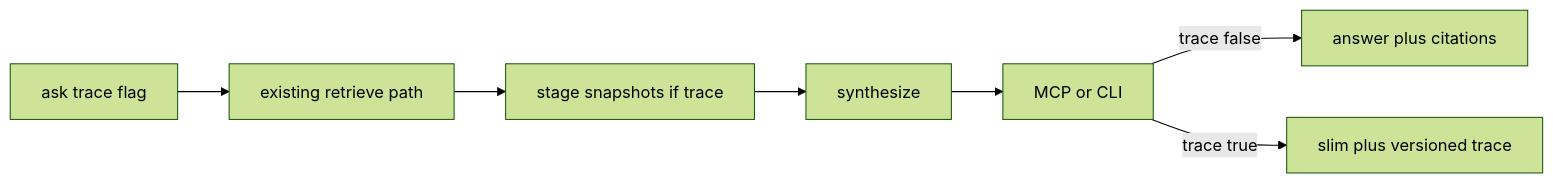
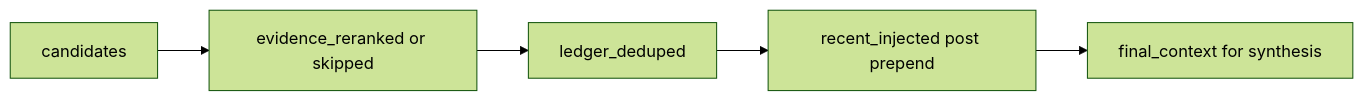
The diagram in docs/inter-model/debate-2026-07-15-who-fixes-retrieval/planning/CURSOR-architecture-round-2-trace.md (alanmz-crypto/convmem), drawn with Mermaid (forest theme) before and after one commit. The commit also changed other lines of this file and 6 other files, not shown here.

First line of the commit message:
docs: executive Round 2 trace architecture lock

````diff
--- a/docs/inter-model/debate-2026-07-15-who-fixes-retrieval/planning/CURSOR-architecture-round-2-trace.md
+++ b/docs/inter-model/debate-2026-07-15-who-fixes-retrieval/planning/CURSOR-architecture-round-2-trace.md
@@ -65,9 +75,7 @@
 ```mermaid
 flowchart LR
-  askCall[ask trace flag] --> retrieve[existing retrieve path]
-  retrieve --> stages[stage snapshots if trace]
-  stages --> synth[synthesize]
-  synth --> mcpOut[MCP or CLI]
-  mcpOut -->|trace false| slim[answer plus citations]
-  mcpOut -->|trace true| slimPlus[slim plus versioned trace]
+  cand[candidates] --> er[evidence_reranked or skipped]
+  er --> ld[ledger_deduped]
+  ld --> ri[recent_injected post prepend]
+  ri --> fc[final_context for synthesis]
 ```
````
